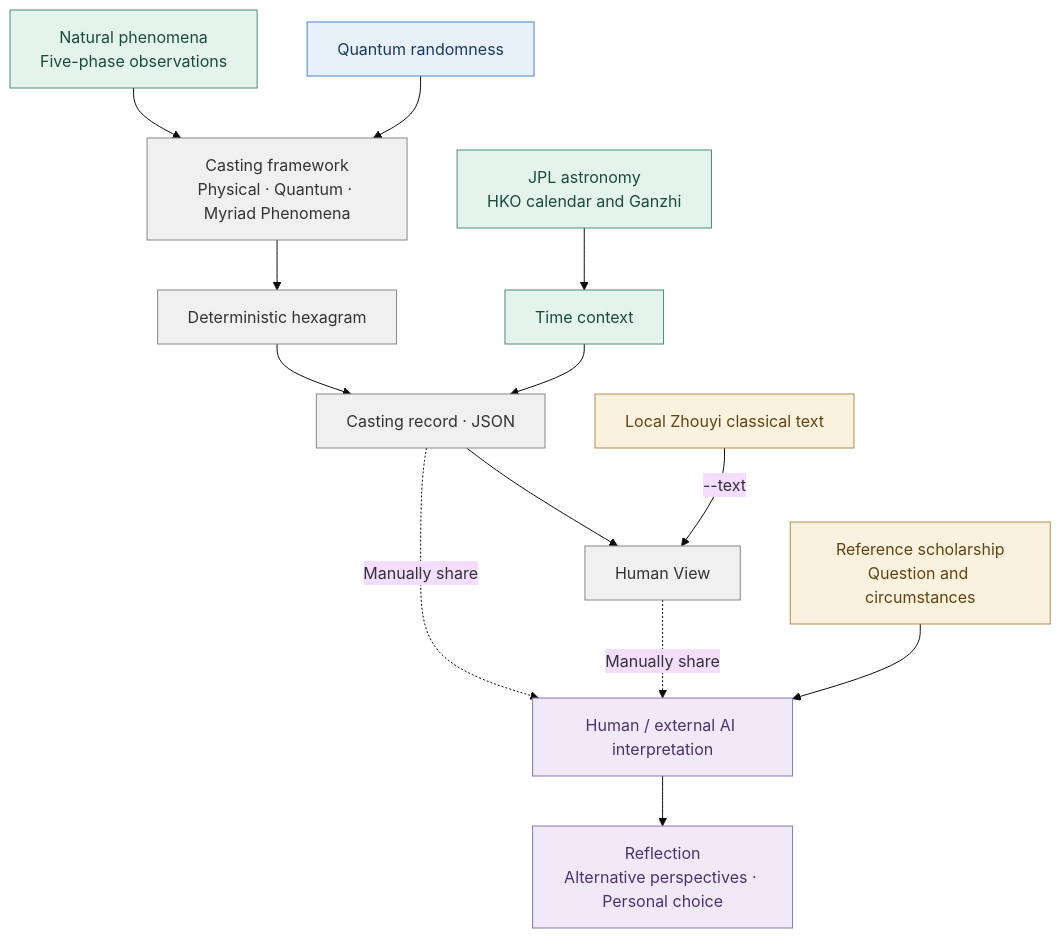
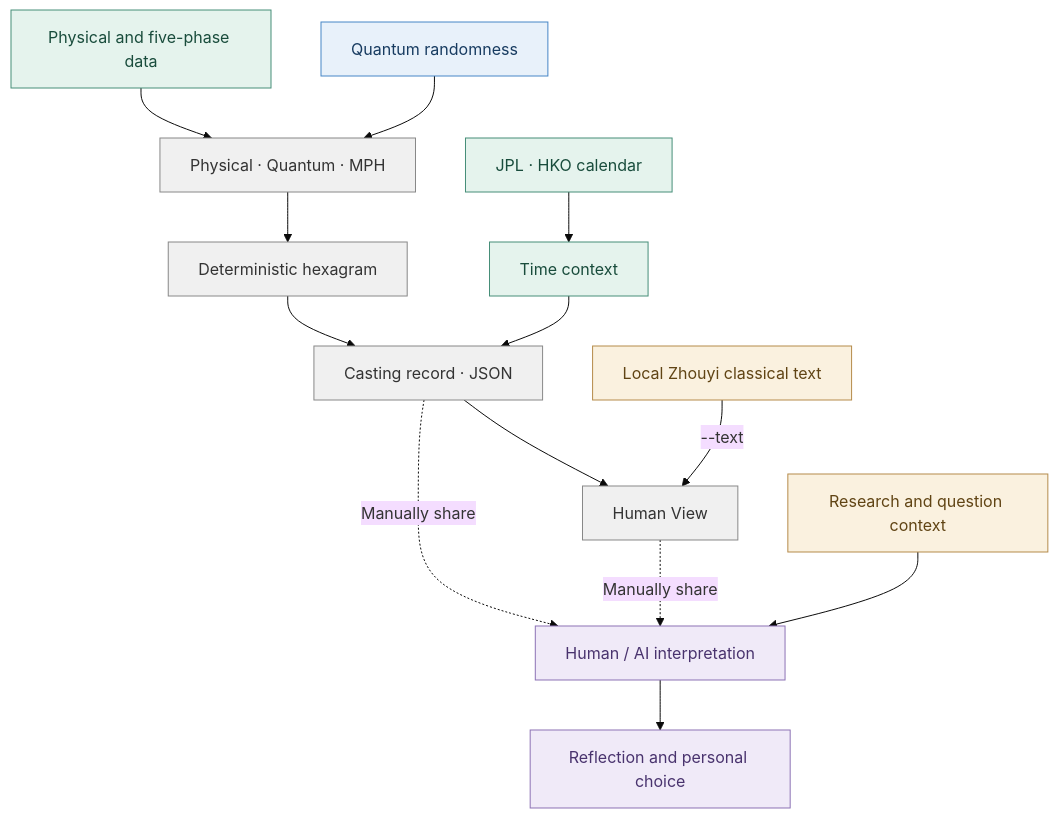
One commit to cctsao1008/trng-iching changed the diagram in README.md. Above: the diagram before and after it, drawn with Mermaid (base theme). The commit also changed other lines of this file, not shown here.

Commit message:
docs: simplify Mermaid labels to avoid text clipping in README.md

````diff
--- a/README.md
+++ b/README.md
@@ -236,33 +236,33 @@
 ```mermaid
 flowchart TD
-    N["Natural phenomena<br/>Five-phase observations"] --> M["Casting framework<br/>Physical · Quantum · Myriad Phenomena"]
+    N["Physical and five-phase data"] --> M["Physical · Quantum · MPH"]
     Q["Quantum randomness"] --> M
     M --> H["Deterministic hexagram"]
 
-    A["JPL astronomy<br/>HKO calendar and Ganzhi"] --> T["Time context"]
+    A["JPL · HKO calendar"] --> T["Time context"]
 
     H --> R["Casting record · JSON"]
     T --> R
 
     R --> V["Human View"]
     Z["Local Zhouyi classical text"] -->|"--text"| V
 
-    R -. Manually share .-> I["Human / external AI interpretation"]
+    R -. Manually share .-> I["Human / AI interpretation"]
     V -. Manually share .-> I
 
-    S["Reference scholarship<br/>Question and circumstances"] --> I
+    S["Research and question context"] --> I
 
-    I --> O["Reflection<br/>Alternative perspectives · Personal choice"]
+    I --> O["Reflection and personal choice"]
 
     classDef randomness fill:#e8f1fa,stroke:#4786c6,color:#173b60
     classDef science fill:#e5f3ed,stroke:#468e78,color:#194c3c
     classDef record fill:#f0f0f0,stroke:#888,color:#333
     classDef references fill:#faf1df,stroke:#b58b4b,color:#604414
     classDef reflection fill:#f0eaf8,stroke:#8c72b5,color:#49336e
 
     class Q randomness
     class N,A,T science
     class M,H,R,V record
     class Z,S references
     class I,O reflection
 ```
````
